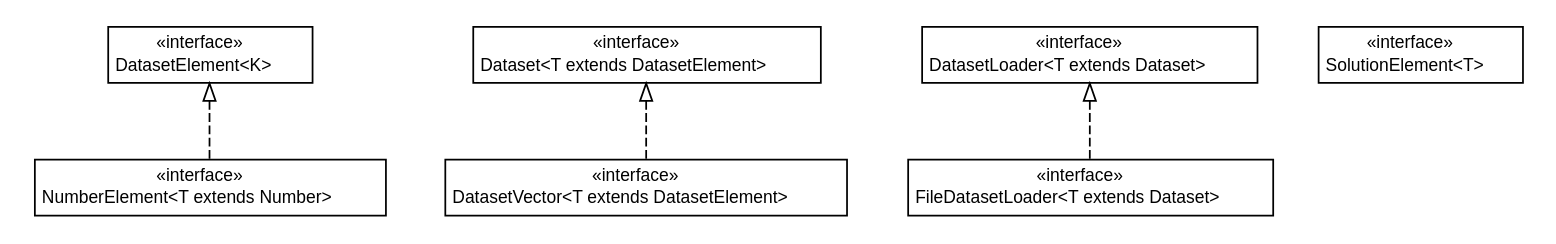
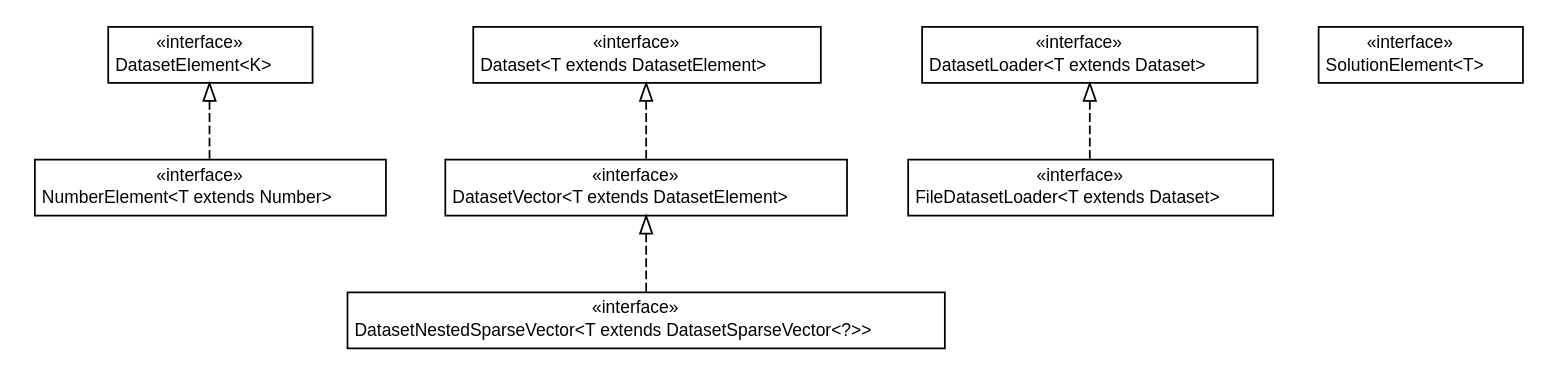
One commit to UnicaLabs-CS/Foresee changed the diagram in docs/it/unica/foresee/datasets/interfaces/it.unica.foresee.datasets.interfaces.dot. Above: the diagram before and after it, drawn with Graphviz. The commit also changed 180 other files, not shown here.

```diff
--- a/docs/it/unica/foresee/datasets/interfaces/it.unica.foresee.datasets.interfaces.dot
+++ b/docs/it/unica/foresee/datasets/interfaces/it.unica.foresee.datasets.interfaces.dot
@@ -1,67 +1,76 @@
 #!/usr/local/bin/dot
 #
 # Class diagram 
 # Generated by UMLGraph version 5.2 (http://www.umlgraph.org/)
 #
 
 digraph G {
 	edge [fontname="Helvetica",fontsize=10,labelfontname="Helvetica",labelfontsize=10];
 	node [fontname="Helvetica",fontsize=10,shape=plaintext];
 	nodesep=0.25;
 	ranksep=0.5;
 	// it.unica.foresee.datasets.interfaces.DatasetElement<K>
-	c44 [label=<<table title="it.unica.foresee.datasets.interfaces.DatasetElement" border="0" cellborder="1" cellspacing="0" cellpadding="2" port="p" href="./DatasetElement.html">
+	c46 [label=<<table title="it.unica.foresee.datasets.interfaces.DatasetElement" border="0" cellborder="1" cellspacing="0" cellpadding="2" port="p" href="./DatasetElement.html">
 		<tr><td><table border="0" cellspacing="0" cellpadding="1">
 <tr><td align="center" balign="center"> &#171;interface&#187; </td></tr>
 <tr><td align="center" balign="center"> DatasetElement&lt;K&gt; </td></tr>
 		</table></td></tr>
 		</table>>, fontname="Helvetica", fontcolor="black", fontsize=10.0];
 	// it.unica.foresee.datasets.interfaces.Dataset<T extends it.unica.foresee.datasets.interfaces.DatasetElement>
-	c45 [label=<<table title="it.unica.foresee.datasets.interfaces.Dataset" border="0" cellborder="1" cellspacing="0" cellpadding="2" port="p" href="./Dataset.html">
+	c47 [label=<<table title="it.unica.foresee.datasets.interfaces.Dataset" border="0" cellborder="1" cellspacing="0" cellpadding="2" port="p" href="./Dataset.html">
 		<tr><td><table border="0" cellspacing="0" cellpadding="1">
 <tr><td align="center" balign="center"> &#171;interface&#187; </td></tr>
 <tr><td align="center" balign="center"> Dataset&lt;T extends DatasetElement&gt; </td></tr>
 		</table></td></tr>
 		</table>>, fontname="Helvetica", fontcolor="black", fontsize=10.0];
+	// it.unica.foresee.datasets.interfaces.DatasetNestedSparseVector<T extends it.unica.foresee.datasets.DatasetSparseVector<?>>
+	c48 [label=<<table title="it.unica.foresee.datasets.interfaces.DatasetNestedSparseVector" border="0" cellborder="1" cellspacing="0" cellpadding="2" port="p" href="./DatasetNestedSparseVector.html">
+		<tr><td><table border="0" cellspacing="0" cellpadding="1">
+<tr><td align="center" balign="center"> &#171;interface&#187; </td></tr>
+<tr><td align="center" balign="center"> DatasetNestedSparseVector&lt;T extends DatasetSparseVector&lt;?&gt;&gt; </td></tr>
+		</table></td></tr>
+		</table>>, fontname="Helvetica", fontcolor="black", fontsize=10.0];
 	// it.unica.foresee.datasets.interfaces.NumberElement<T extends java.lang.Number>
-	c46 [label=<<table title="it.unica.foresee.datasets.interfaces.NumberElement" border="0" cellborder="1" cellspacing="0" cellpadding="2" port="p" href="./NumberElement.html">
+	c49 [label=<<table title="it.unica.foresee.datasets.interfaces.NumberElement" border="0" cellborder="1" cellspacing="0" cellpadding="2" port="p" href="./NumberElement.html">
 		<tr><td><table border="0" cellspacing="0" cellpadding="1">
 <tr><td align="center" balign="center"> &#171;interface&#187; </td></tr>
 <tr><td align="center" balign="center"> NumberElement&lt;T extends Number&gt; </td></tr>
 		</table></td></tr>
 		</table>>, fontname="Helvetica", fontcolor="black", fontsize=10.0];
 	// it.unica.foresee.datasets.interfaces.DatasetVector<T extends it.unica.foresee.datasets.interfaces.DatasetElement>
-	c47 [label=<<table title="it.unica.foresee.datasets.interfaces.DatasetVector" border="0" cellborder="1" cellspacing="0" cellpadding="2" port="p" href="./DatasetVector.html">
+	c50 [label=<<table title="it.unica.foresee.datasets.interfaces.DatasetVector" border="0" cellborder="1" cellspacing="0" cellpadding="2" port="p" href="./DatasetVector.html">
 		<tr><td><table border="0" cellspacing="0" cellpadding="1">
 <tr><td align="center" balign="center"> &#171;interface&#187; </td></tr>
 <tr><td align="center" balign="center"> DatasetVector&lt;T extends DatasetElement&gt; </td></tr>
 		</table></td></tr>
 		</table>>, fontname="Helvetica", fontcolor="black", fontsize=10.0];
 	// it.unica.foresee.datasets.interfaces.FileDatasetLoader<T extends it.unica.foresee.datasets.interfaces.Dataset>
-	c48 [label=<<table title="it.unica.foresee.datasets.interfaces.FileDatasetLoader" border="0" cellborder="1" cellspacing="0" cellpadding="2" port="p" href="./FileDatasetLoader.html">
+	c51 [label=<<table title="it.unica.foresee.datasets.interfaces.FileDatasetLoader" border="0" cellborder="1" cellspacing="0" cellpadding="2" port="p" href="./FileDatasetLoader.html">
 		<tr><td><table border="0" cellspacing="0" cellpadding="1">
 <tr><td align="center" balign="center"> &#171;interface&#187; </td></tr>
 <tr><td align="center" balign="center"> FileDatasetLoader&lt;T extends Dataset&gt; </td></tr>
 		</table></td></tr>
 		</table>>, fontname="Helvetica", fontcolor="black", fontsize=10.0];
 	// it.unica.foresee.datasets.interfaces.SolutionElement<T>
-	c49 [label=<<table title="it.unica.foresee.datasets.interfaces.SolutionElement" border="0" cellborder="1" cellspacing="0" cellpadding="2" port="p" href="./SolutionElement.html">
+	c52 [label=<<table title="it.unica.foresee.datasets.interfaces.SolutionElement" border="0" cellborder="1" cellspacing="0" cellpadding="2" port="p" href="./SolutionElement.html">
 		<tr><td><table border="0" cellspacing="0" cellpadding="1">
 <tr><td align="center" balign="center"> &#171;interface&#187; </td></tr>
 <tr><td align="center" balign="center"> SolutionElement&lt;T&gt; </td></tr>
 		</table></td></tr>
 		</table>>, fontname="Helvetica", fontcolor="black", fontsize=10.0];
 	// it.unica.foresee.datasets.interfaces.DatasetLoader<T extends it.unica.foresee.datasets.interfaces.Dataset>
-	c50 [label=<<table title="it.unica.foresee.datasets.interfaces.DatasetLoader" border="0" cellborder="1" cellspacing="0" cellpadding="2" port="p" href="./DatasetLoader.html">
+	c53 [label=<<table title="it.unica.foresee.datasets.interfaces.DatasetLoader" border="0" cellborder="1" cellspacing="0" cellpadding="2" port="p" href="./DatasetLoader.html">
 		<tr><td><table border="0" cellspacing="0" cellpadding="1">
 <tr><td align="center" balign="center"> &#171;interface&#187; </td></tr>
 <tr><td align="center" balign="center"> DatasetLoader&lt;T extends Dataset&gt; </td></tr>
 		</table></td></tr>
 		</table>>, fontname="Helvetica", fontcolor="black", fontsize=10.0];
+	//it.unica.foresee.datasets.interfaces.DatasetNestedSparseVector<T extends it.unica.foresee.datasets.DatasetSparseVector<?>> implements it.unica.foresee.datasets.interfaces.DatasetVector<T extends it.unica.foresee.datasets.interfaces.DatasetElement>
+	c50:p -> c48:p [dir=back,arrowtail=empty,style=dashed];
 	//it.unica.foresee.datasets.interfaces.NumberElement<T extends java.lang.Number> implements it.unica.foresee.datasets.interfaces.DatasetElement<K>
-	c44:p -> c46:p [dir=back,arrowtail=empty,style=dashed];
+	c46:p -> c49:p [dir=back,arrowtail=empty,style=dashed];
 	//it.unica.foresee.datasets.interfaces.DatasetVector<T extends it.unica.foresee.datasets.interfaces.DatasetElement> implements it.unica.foresee.datasets.interfaces.Dataset<T extends it.unica.foresee.datasets.interfaces.DatasetElement>
-	c45:p -> c47:p [dir=back,arrowtail=empty,style=dashed];
+	c47:p -> c50:p [dir=back,arrowtail=empty,style=dashed];
 	//it.unica.foresee.datasets.interfaces.FileDatasetLoader<T extends it.unica.foresee.datasets.interfaces.Dataset> implements it.unica.foresee.datasets.interfaces.DatasetLoader<T extends it.unica.foresee.datasets.interfaces.Dataset>
-	c50:p -> c48:p [dir=back,arrowtail=empty,style=dashed];
+	c53:p -> c51:p [dir=back,arrowtail=empty,style=dashed];
 }
```
